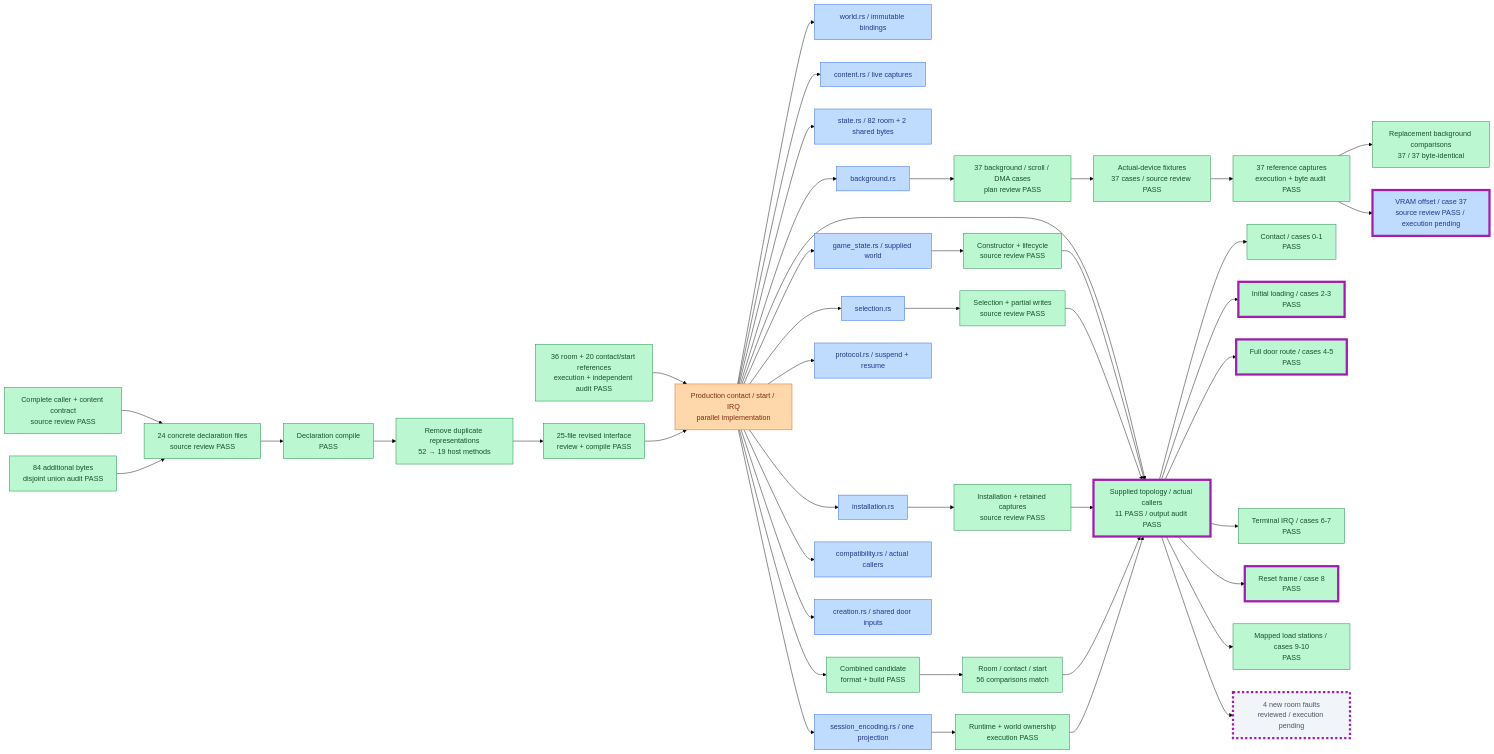
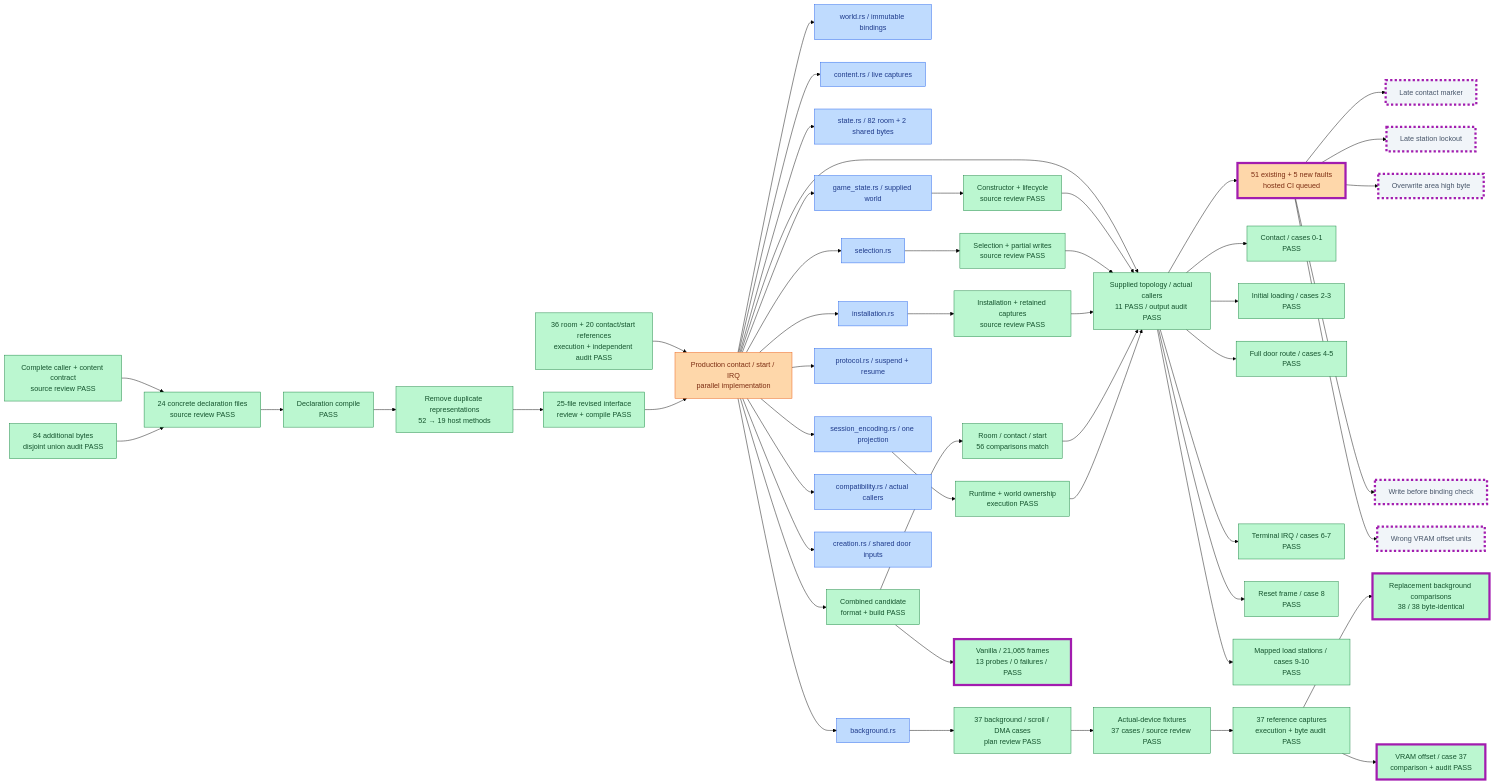
One commit to JimLundin/sm-decomp changed the second of 20 diagrams in PROGRESS.md. Above: the diagram before and after it, drawn with Mermaid (forest theme). The commit also changed other lines of this file and 1 other file, not shown here.

Commit message:
Show oracle and 94 comparison passes with queued mutation CI [skip ci]

````diff
--- a/PROGRESS.md
+++ b/PROGRESS.md
@@ -26,50 +26,56 @@
 ```mermaid
 flowchart LR
     RC["Complete caller + content contract<br/>source review PASS"]:::done --> RD["24 concrete declaration files<br/>source review PASS"]:::done
     RU["84 additional bytes<br/>disjoint union audit PASS"]:::done --> RD
     RR["36 room + 20 contact/start references<br/>execution + independent audit PASS"]:::done --> RI["Production contact / start / IRQ<br/>parallel implementation"]:::active
     RD --> RB["Declaration compile<br/>PASS"]:::done --> RS["Remove duplicate representations<br/>52 → 19 host methods"]:::done
     RS --> RV["25-file revised interface<br/>review + compile PASS"]:::done --> RI
     RI --> RW["world.rs / immutable bindings"]:::draft
     RI --> RCONTENT["content.rs / live captures"]:::draft
     RI --> RSTATE["state.rs / 82 room + 2 shared bytes"]:::draft
     RI --> RCODEC["session_encoding.rs / one projection"]:::draft
     RI --> ROWNER["game_state.rs / supplied world"]:::draft
     RI --> RSELECT["selection.rs"]:::draft
     RI --> RINSTALL["installation.rs"]:::draft
     ROWNER --> ROWNERCHECK["Constructor + lifecycle<br/>source review PASS"]:::done
     RSELECT --> RSELECTCHECK["Selection + partial writes<br/>source review PASS"]:::done
     RINSTALL --> RINSTALLCHECK["Installation + retained captures<br/>source review PASS"]:::done
     RI --> RPROTO["protocol.rs / suspend + resume"]:::draft
     RI --> RBG["background.rs"]:::draft
     RI --> RCOMPAT["compatibility.rs / actual callers"]:::draft
     RI --> RPLM["creation.rs / shared door inputs"]:::draft
     RI --> RT["Supplied topology / actual callers<br/>11 PASS / output audit PASS"]:::done
     ROWNERCHECK --> RT
     RSELECTCHECK --> RT
     RINSTALLCHECK --> RT
     RBG --> RBPLAN["37 background / scroll / DMA cases<br/>plan review PASS"]:::done
     RBPLAN --> RBFIX["Actual-device fixtures<br/>37 cases / source review PASS"]:::done
     RBFIX --> RBCAP["37 reference captures<br/>execution + byte audit PASS"]:::done
     RI --> RBUILD["Combined candidate<br/>format + build PASS"]:::done
     RBUILD --> RCOMPARE["Room / contact / start<br/>56 comparisons match"]:::done
     RCODEC --> RGUARD["Runtime + world ownership<br/>execution PASS"]:::done
-    RBCAP --> RBVERIFY["Replacement background comparisons<br/>37 / 37 byte-identical"]:::done
+    RBCAP --> RBVERIFY["Replacement background comparisons<br/>38 / 38 byte-identical"]:::done
     RCOMPARE --> RT
     RGUARD --> RT
     RT --> WCONTACT["Contact / cases 0-1<br/>PASS"]:::done
     RT --> WSTART["Initial loading / cases 2-3<br/>PASS"]:::done
     RT --> WDOOR["Full door route / cases 4-5<br/>PASS"]:::done
     RT --> WIRQ["Terminal IRQ / cases 6-7<br/>PASS"]:::done
     RT --> WRESET["Reset frame / case 8<br/>PASS"]:::done
     RT --> WSTATION["Mapped load stations / cases 9-10<br/>PASS"]:::done
-    RT --> RMUT["4 new room faults<br/>reviewed / execution pending"]:::pending
-    RBCAP --> ROFFSET["VRAM offset / case 37<br/>source review PASS / execution pending"]:::draft
-    class RT,WSTART,WDOOR,WRESET,RMUT,ROFFSET changed
+    RT --> RMUT["51 existing + 5 new faults<br/>hosted CI queued"]:::active
+    RBCAP --> ROFFSET["VRAM offset / case 37<br/>comparison + audit PASS"]:::done
+    RBUILD --> RORACLE["Vanilla / 21,065 frames<br/>13 probes / 0 failures / PASS"]:::done
+    RMUT --> MMARK["Late contact marker"]:::pending
+    RMUT --> MLOCK["Late station lockout"]:::pending
+    RMUT --> MAREA["Overwrite area high byte"]:::pending
+    RMUT --> MBIND["Write before binding check"]:::pending
+    RMUT --> MOFFSET["Wrong VRAM offset units"]:::pending
+    class RBVERIFY,RMUT,ROFFSET,RORACLE,MMARK,MLOCK,MAREA,MBIND,MOFFSET changed
     classDef done fill:#bbf7d0,stroke:#15803d,color:#14532d
     classDef draft fill:#bfdbfe,stroke:#2563eb,color:#1e3a8a
     classDef failed fill:#fecaca,stroke:#dc2626,color:#7f1d1d
     classDef active fill:#fed7aa,stroke:#ea580c,color:#7c2d12
     classDef pending fill:#f1f5f9,stroke:#94a3b8,color:#475569,stroke-dasharray:5 5
     classDef changed stroke:#a21caf,stroke-width:5px
 ```
````
